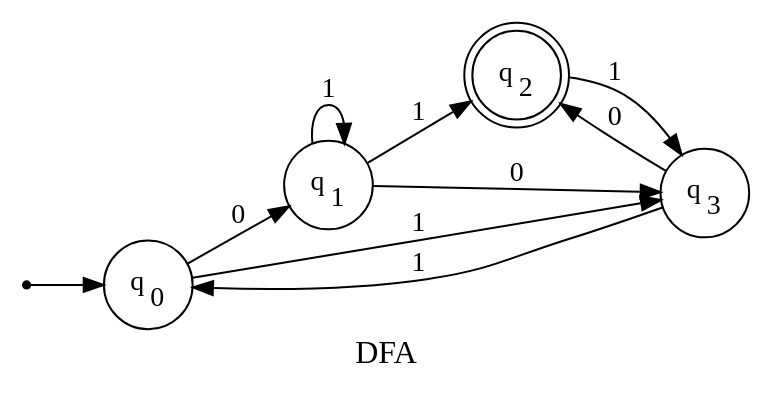
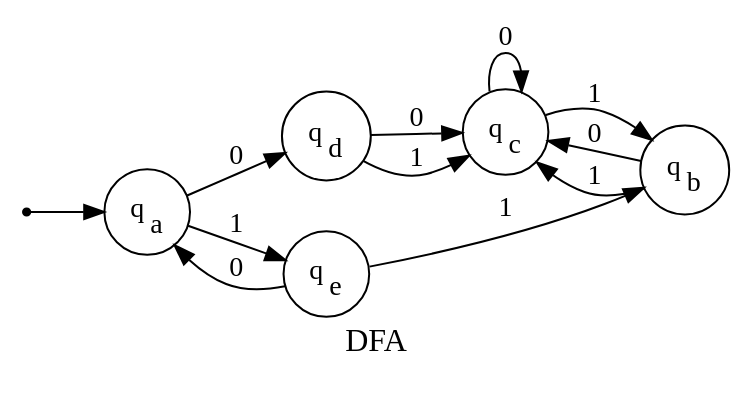
One commit to kai-tokei/fa_graphmaker changed the diagram in graph.dot. Above: the diagram before and after it, drawn with Graphviz. The commit also changed 15 other files, not shown here.

Commit message:
add: sub graphs

```diff
--- a/graph.dot
+++ b/graph.dot
@@ -1,27 +1,31 @@
 digraph qf {
     rankdir = LR;
     graph [label="DFA", fontsize=16];
 
     input [shape=point, style=invisible];
 
 
-    q_0[label=<q<sub>0</sub>>,shape=circle];
-    q_1[label=<q<sub>1</sub>>,shape=circle];
-    q_2[label=<q<sub>2</sub>>,shape=doublecircle];
-    q_3[label=<q<sub>3</sub>>,shape=circle];
+    q_0[label=<q<sub>a</sub>>,shape=circle];
+    q_1[label=<q<sub>b</sub>>,shape=circle];
+    q_2[label=<q<sub>c</sub>>,shape=circle];
+    q_3[label=<q<sub>d</sub>>,shape=circle];
+    q_4[label=<q<sub>e</sub>>,shape=circle];
 
     input -> q_0;
 
-    q_0 -> q_1 [label=0];
-    q_0 -> q_3 [label=1];
+    q_0 -> q_3 [label=0];
+    q_0 -> q_4 [label=1];
 
-    q_1 -> q_3 [label=0];
-    q_1 -> q_1 [label=1];
+    q_1 -> q_2 [label=0];
     q_1 -> q_2 [label=1];
 
-    q_2 -> q_3 [label=1];
+    q_2 -> q_2 [label=0];
+    q_2 -> q_1 [label=1];
 
     q_3 -> q_2 [label=0];
-    q_3 -> q_0 [label=1];
+    q_3 -> q_2 [label=1];
+
+    q_4 -> q_0 [label=0];
+    q_4 -> q_1 [label=1];
 
 }
```
